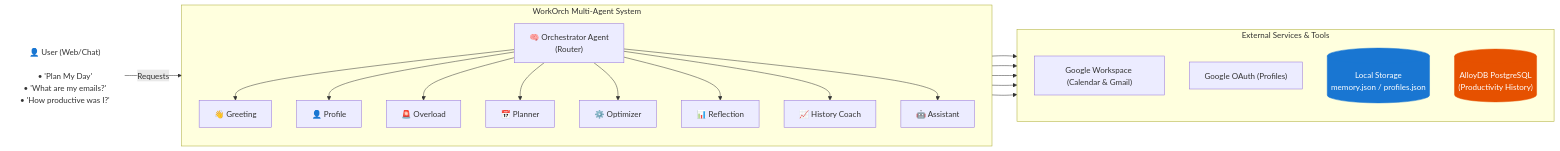
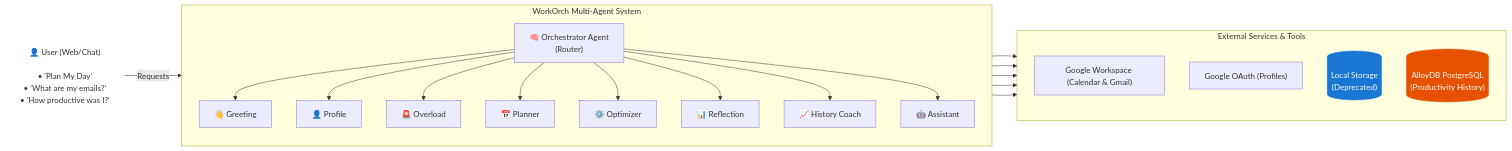
Before and after one commit to zizfsl/WorkOrch: the diagram in README.md, drawn with Mermaid. The commit also changed other lines of this file and 4 other files, not shown here.

````diff
--- a/README.md
+++ b/README.md
@@ -15,45 +15,45 @@
 ```mermaid
 flowchart LR
     UI["👤 User (Web/Chat)\n\n• 'Plan My Day'\n• 'What are my emails?'\n• 'How productive was I?'"] -- "Requests" --> O
 
     subgraph Core ["WorkOrch Multi-Agent System"]
         direction TB
         O["🧠 Orchestrator Agent\n(Router)"]
         
         G["👋 Greeting"]
         Pr["👤 Profile"]
         Ov["🚨 Overload"]
         P["📅 Planner"]
         Opt["⚙️ Optimizer"]
         R["📊 Reflection"]
         H["📈 History Coach"]
         A["🤖 Assistant"]
 
         O --> G
         O --> Pr
         O --> Ov
         O --> P
         O --> Opt
         O --> R
         O --> H
         O --> A
     end
 
     subgraph Integrations ["External Services & Tools"]
         direction TB
         GCal["Google Workspace (Calendar & Gmail)"]
         OAuth["Google OAuth (Profiles)"]
-        MemDB[("Local Storage\nmemory.json / profiles.json")]
+        MemDB[("Local Storage\n(Deprecated)")]
         AlloyDB[("AlloyDB PostgreSQL\n(Productivity History)")]
     end
 
     A --> GCal
     Pr --> OAuth
     R --> AlloyDB
     Pr --> MemDB
     H --> MemDB
 
     style AlloyDB fill:#e65100,stroke:#e65100,color:#fff
     style MemDB fill:#1976D2,stroke:#1976D2,color:#fff
     style UI fill:none,stroke:none
 ```
````
